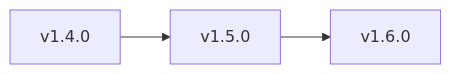
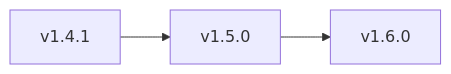
One commit to juanklagos/spec-driven-development-template changed the diagram in docs/en/35-public-roadmap.md. Above: the diagram before and after it, drawn with Mermaid. The commit also changed other lines of this file and 27 other files, not shown here.

````diff
--- a/docs/en/35-public-roadmap.md
+++ b/docs/en/35-public-roadmap.md
@@ -9,5 +9,5 @@
 ```mermaid
 flowchart LR
-  A["v1.4.0"] --> B["v1.5.0"]
+  A["v1.4.1"] --> B["v1.5.0"]
   B --> C["v1.6.0"]
 ```
````
